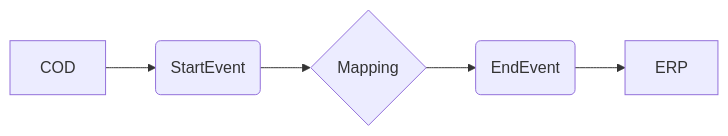
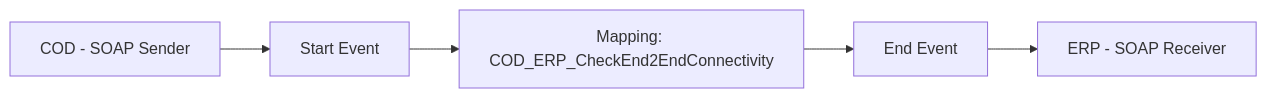
One commit to Avvale-IA-CICD/AvvaleCPI changed the diagram in MMZ - Cell Iflows/Check_Connectivity_to_SAP_Business_Suite_MMZ-1.0.4/readme.md. Above: the diagram before and after it, drawn with Mermaid. The commit also changed other lines of this file, not shown here.

Commit message:
Add/update documentation for Check_Connectivity_to_SAP_Business_Suite_MMZ v1.0.4

````diff
--- a/MMZ - Cell Iflows/Check_Connectivity_to_SAP_Business_Suite_MMZ-1.0.4/readme.md
+++ b/MMZ - Cell Iflows/Check_Connectivity_to_SAP_Business_Suite_MMZ-1.0.4/readme.md
@@ -4,7 +4,7 @@
 ```mermaid
 graph LR
-    A[COD] --> B(StartEvent)
-    B --> C{Mapping}
-    C --> D(EndEvent)
-    D --> E[ERP]
+    COD[COD - SOAP Sender] --> StartEvent[Start Event]
+    StartEvent --> Mapping[Mapping: COD_ERP_CheckEnd2EndConnectivity]
+    Mapping --> EndEvent[End Event]
+    EndEvent --> ERP[ERP - SOAP Receiver]
 ```
````
